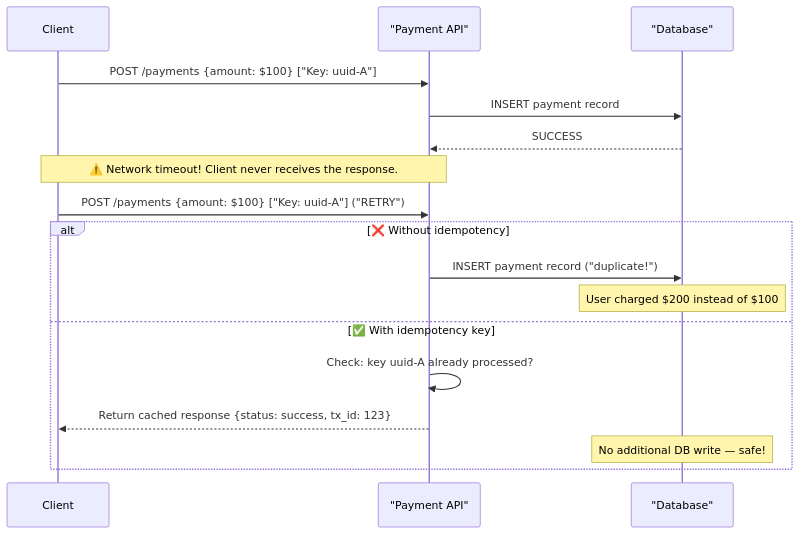
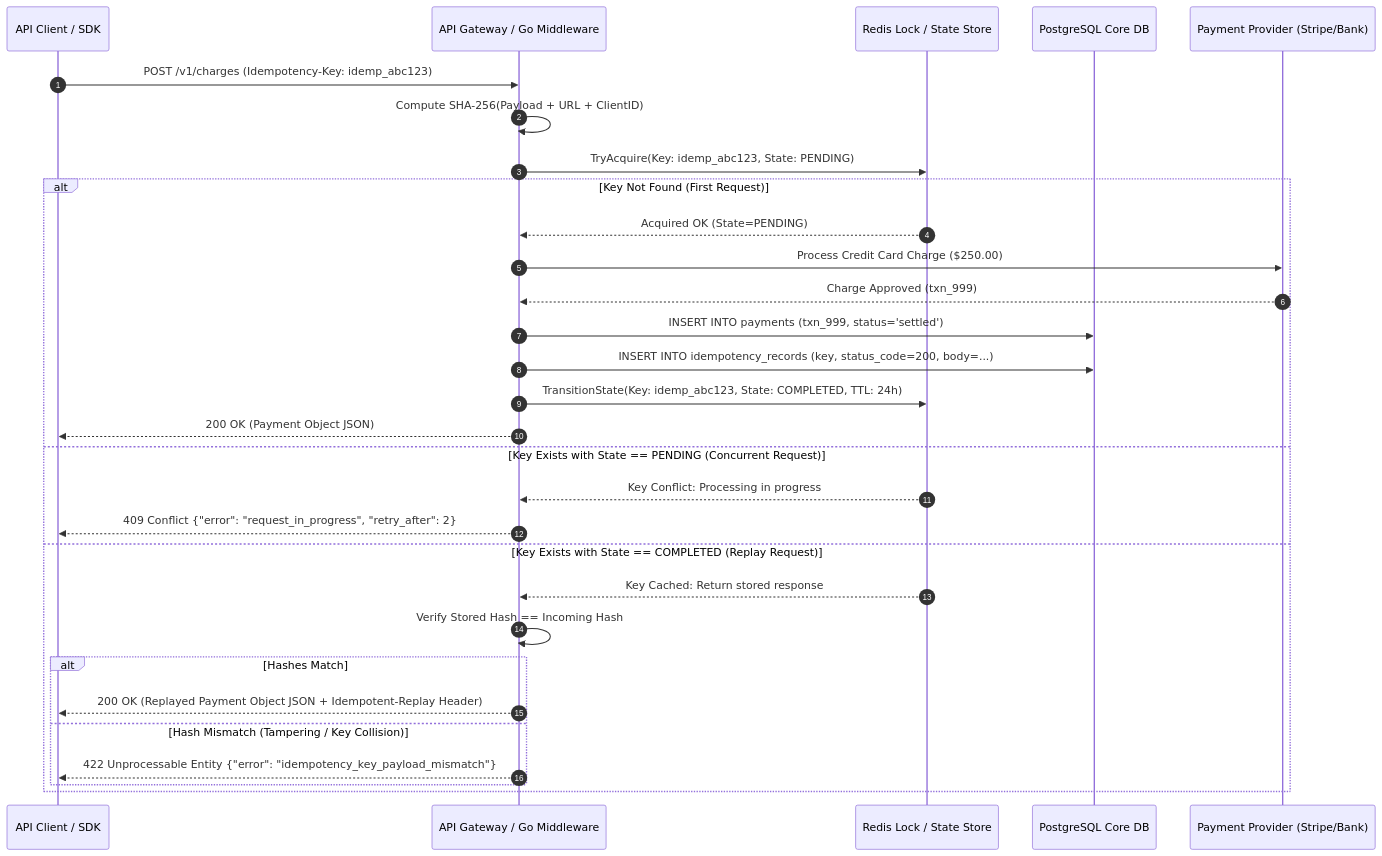
One commit to vesviet/vesviet changed the second of 5 diagrams in content/series/system-design/07-idempotency-api-design-go.md. Above: the diagram before and after it, drawn with Mermaid. The commit also changed other lines of this file and 38 other files, not shown here.

````diff
--- a/content/series/system-design/07-idempotency-api-design-go.md
+++ b/content/series/system-design/07-idempotency-api-design-go.md
@@ -45,22 +100,33 @@
 ```mermaid
 sequenceDiagram
-    participant Client
-    participant API as "Payment API"
-    participant DB as "Database"
+    autonumber
+    participant Client as API Client / SDK
+    participant Gateway as API Gateway / Go Middleware
+    participant Lock as Redis Lock / State Store
+    participant DB as PostgreSQL Core DB
+    participant Engine as Payment Provider (Stripe/Bank)
 
-    Client->>API: POST /payments {amount: $100} ["Key: uuid-A"]
-    API->>DB: INSERT payment record
-    DB-->>API: SUCCESS
-    Note over API,Client: ⚠️ Network timeout! Client never receives the response.
-
-    Client->>API: POST /payments {amount: $100} ["Key: uuid-A"] ("RETRY")
-
-    alt ❌ Without idempotency
-        API->>DB: INSERT payment record ("duplicate!")
-        Note over DB: User charged $200 instead of $100
-    else ✅ With idempotency key
-        API->>API: Check: key uuid-A already processed?
-        API-->>Client: Return cached response {status: success, tx_id: 123}
-        Note over DB: No additional DB write — safe!
+    Client->>Gateway: POST /v1/charges (Idempotency-Key: idemp_abc123)
+    Gateway->>Gateway: Compute SHA-256(Payload + URL + ClientID)
+    Gateway->>Lock: TryAcquire(Key: idemp_abc123, State: PENDING)
+    alt Key Not Found (First Request)
+        Lock-->>Gateway: Acquired OK (State=PENDING)
+        Gateway->>Engine: Process Credit Card Charge ($250.00)
+        Engine-->>Gateway: Charge Approved (txn_999)
+        Gateway->>DB: INSERT INTO payments (txn_999, status='settled')
+        Gateway->>DB: INSERT INTO idempotency_records (key, status_code=200, body=...)
+        Gateway->>Lock: TransitionState(Key: idemp_abc123, State: COMPLETED, TTL: 24h)
+        Gateway-->>Client: 200 OK (Payment Object JSON)
+    else Key Exists with State == PENDING (Concurrent Request)
+        Lock-->>Gateway: Key Conflict: Processing in progress
+        Gateway-->>Client: 409 Conflict {"error": "request_in_progress", "retry_after": 2}
+    else Key Exists with State == COMPLETED (Replay Request)
+        Lock-->>Gateway: Key Cached: Return stored response
+        Gateway->>Gateway: Verify Stored Hash == Incoming Hash
+        alt Hashes Match
+            Gateway-->>Client: 200 OK (Replayed Payment Object JSON + Idempotent-Replay Header)
+        else Hash Mismatch (Tampering / Key Collision)
+            Gateway-->>Client: 422 Unprocessable Entity {"error": "idempotency_key_payload_mismatch"}
+        end
     end
 ```
````
